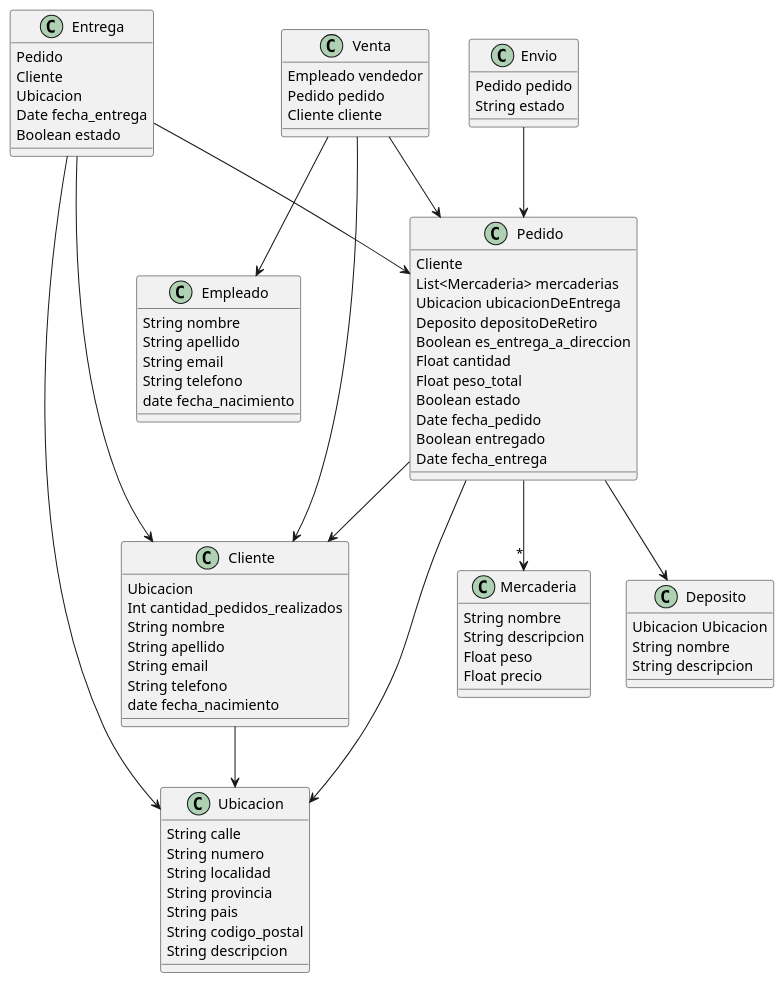
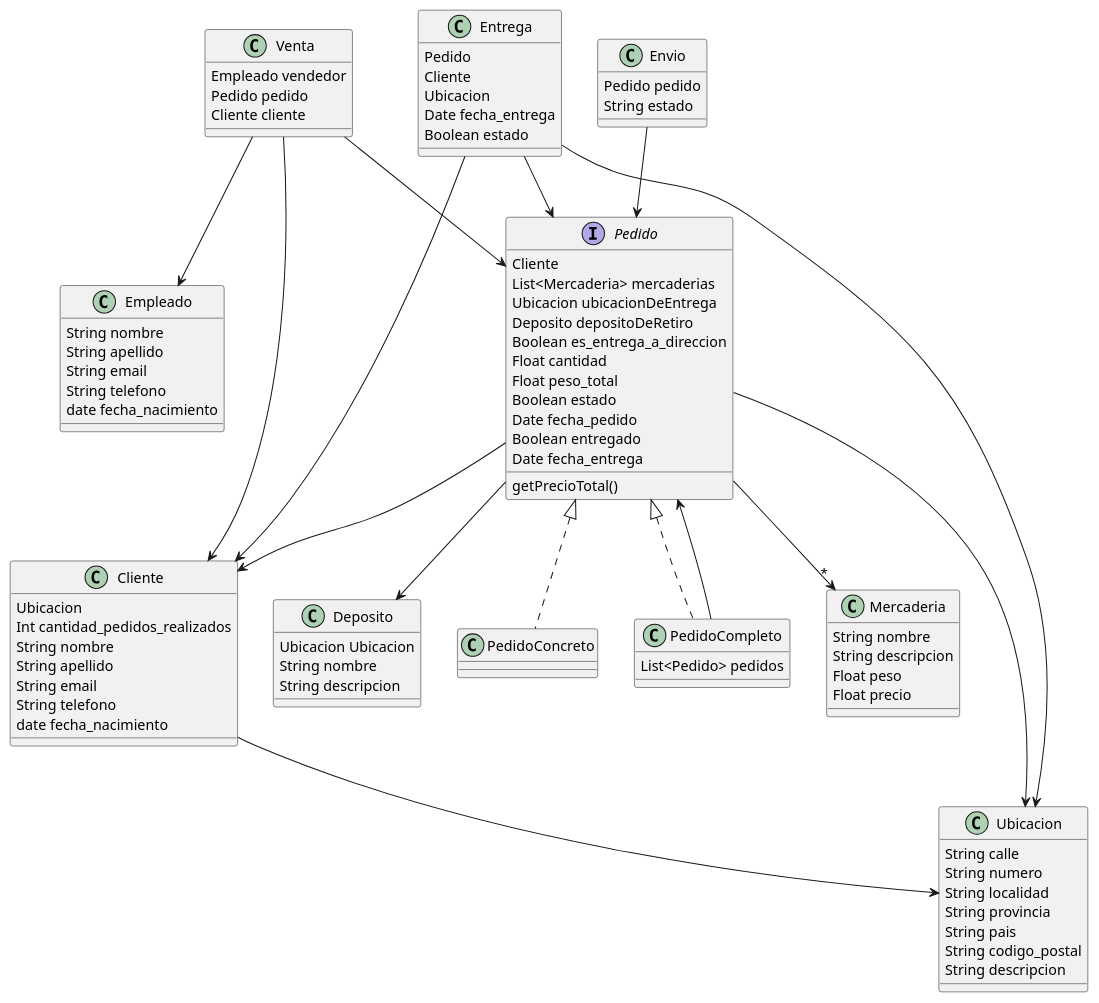
One commit to JuanIBorda/Practica-Modelado-de-Datos-y-Persistencia-de-Datos changed the diagram in src/Diagramas/ClassDiagram.puml. Above: the diagram before and after it, drawn with PlantUML.

```diff
--- a/src/Diagramas/ClassDiagram.puml
+++ b/src/Diagramas/ClassDiagram.puml
@@ -1,105 +1,123 @@
 @startuml
 
 Cliente --> Ubicacion
 
 Pedido --> Cliente
 Pedido -->"*" Mercaderia
 Pedido --> Deposito
 Pedido --> Ubicacion
 
 Envio --> Pedido
 Entrega --> Pedido
 Entrega --> Cliente
 Entrega --> Ubicacion
 
 Venta --> Cliente
 Venta --> Pedido
 Venta --> Empleado
 
 class Cliente{
 
      Ubicacion
     Int cantidad_pedidos_realizados
     String nombre
     String apellido
     String email
     String telefono
     date fecha_nacimiento
 }
 
 class Pedido{
 
      Cliente
      List<Mercaderia> mercaderias
      Ubicacion ubicacionDeEntrega
      Deposito depositoDeRetiro
     Boolean es_entrega_a_direccion
     Float cantidad
     Float peso_total
     Boolean estado
     Date fecha_pedido
     Boolean entregado
     Date fecha_entrega
 }
+
+interface Pedido{
+getPrecioTotal()
+}
+
+class PedidoConcreto implements Pedido{
+}
+
+class PedidoCompleto implements Pedido{
+List<Pedido> pedidos
+}
+
+PedidoCompleto --> Pedido
 
 class Mercaderia{
 
     String nombre
     String descripcion
     Float peso
     Float precio
 }
 
 
 
 class Envio{
 
     Pedido pedido
     String estado
 }
 
 class Entrega{
 
      Pedido
 Cliente
      Ubicacion
     Date fecha_entrega
     Boolean estado
 }
 
 
 class Ubicacion{
 
     String calle
     String numero
     String localidad
     String provincia
     String pais
     String codigo_postal
     String descripcion
 }
 
 class Deposito{
 
     Ubicacion Ubicacion
     String nombre
     String descripcion
 }
 
 class Empleado{
 
     String nombre
     String apellido
     String email
     String telefono
     date fecha_nacimiento
 }
 
 class Venta{
     Empleado vendedor
      Pedido pedido
      Cliente cliente
 }
 
 
+
+
+
+
+
 @enduml
```
